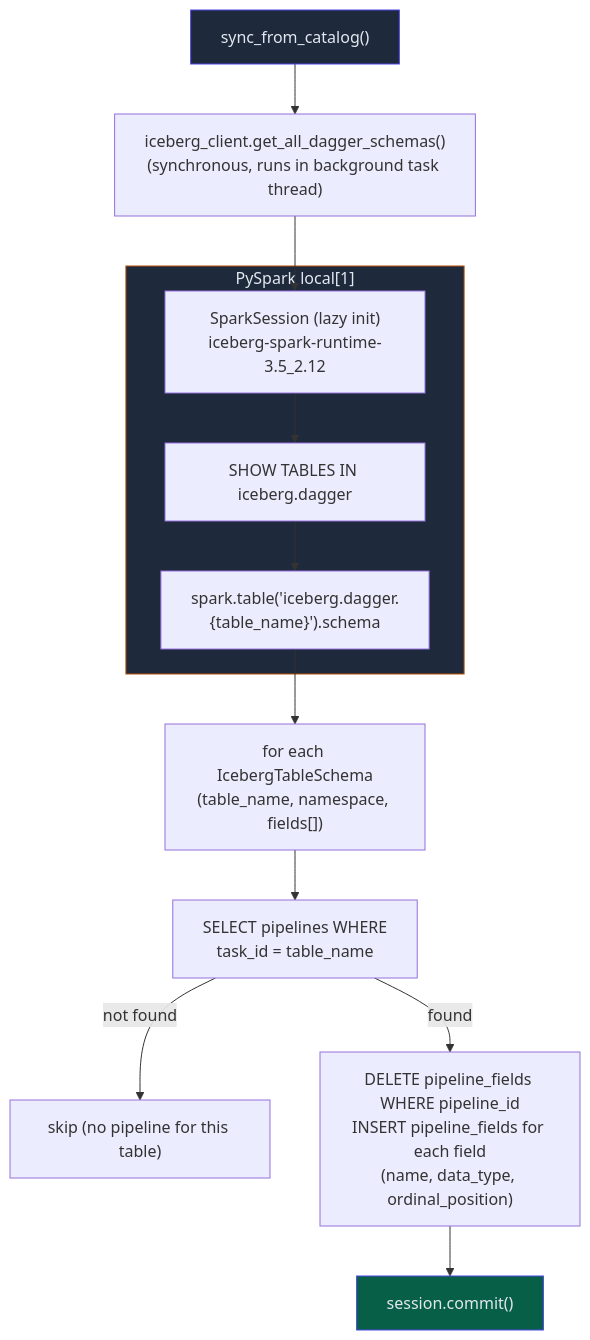
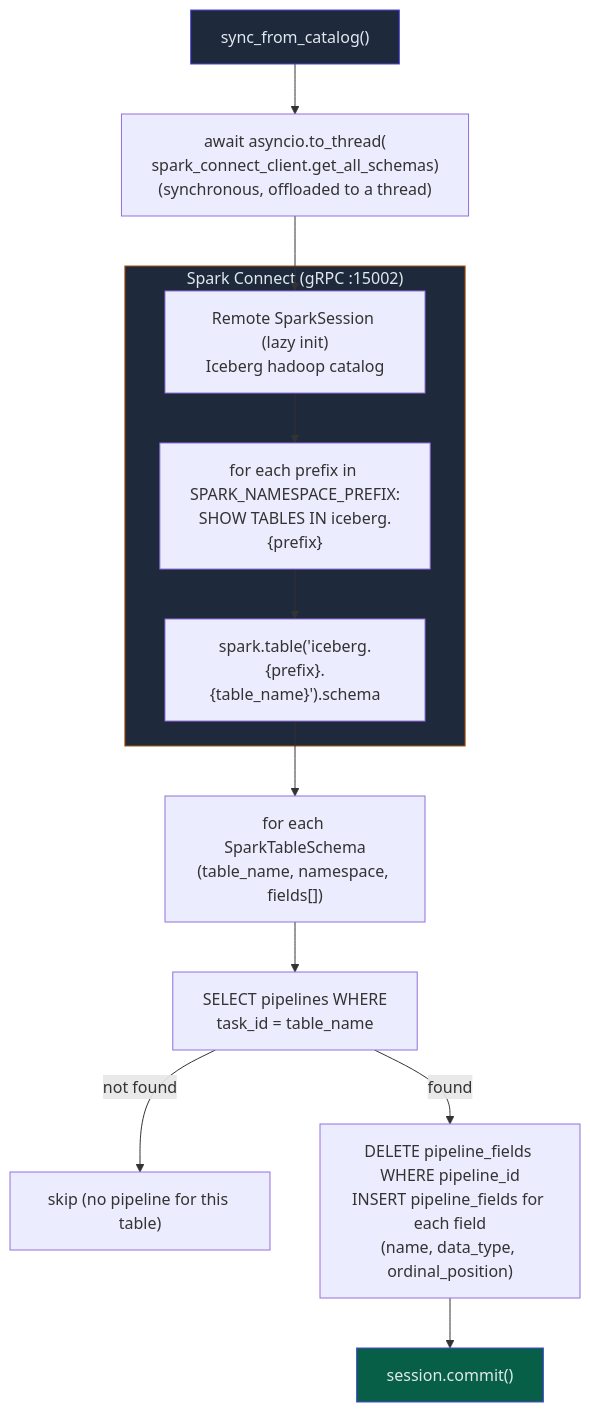
Diagram 15 of 19 in docs/ARCHITECTURE.md (harharim55-alt/EtlNexus), drawn with Mermaid before and after one commit. The commit also changed other lines of this file and 47 other files, not shown here.

First line of the commit message:
feat: replace Iceberg REST catalog with Spark Connect + 30s Postgres mirror

````diff
--- a/docs/ARCHITECTURE.md
+++ b/docs/ARCHITECTURE.md
@@ -939,24 +941,24 @@
 ```mermaid
 flowchart TD
-    CatalogSync["sync_from_catalog()"] --> GetSchemas["iceberg_client.get_all_dagger_schemas()<br/>(synchronous, runs in background task thread)"]
+    CatalogSync["sync_from_catalog()"] --> GetSchemas["await asyncio.to_thread(<br/>spark_connect_client.get_all_schemas)<br/>(synchronous, offloaded to a thread)"]
 
-    subgraph Spark["PySpark local[1]"]
-        SS["SparkSession (lazy init)<br/>iceberg-spark-runtime-3.5_2.12"]
-        SQL1["SHOW TABLES IN iceberg.dagger"]
-        SQL2["spark.table('iceberg.dagger.{table_name}').schema"]
+    subgraph Spark["Spark Connect (gRPC :15002)"]
+        SS["Remote SparkSession (lazy init)<br/>Iceberg hadoop catalog"]
+        SQL1["for each prefix in SPARK_NAMESPACE_PREFIX:<br/>SHOW TABLES IN iceberg.{prefix}"]
+        SQL2["spark.table('iceberg.{prefix}.{table_name}').schema"]
     end
 
     GetSchemas --> SS
     SS --> SQL1
     SQL1 --> SQL2
-    SQL2 --> ForEachSchema["for each IcebergTableSchema<br/>(table_name, namespace, fields[])"]
+    SQL2 --> ForEachSchema["for each SparkTableSchema<br/>(table_name, namespace, fields[])"]
 
     ForEachSchema --> LookupPipeline["SELECT pipelines WHERE<br/>task_id = table_name"]
     LookupPipeline -->|not found| SkipSchema["skip (no pipeline for this table)"]
     LookupPipeline -->|found| SyncFields["DELETE pipeline_fields WHERE pipeline_id<br/>INSERT pipeline_fields for each field<br/>(name, data_type, ordinal_position)"]
     SyncFields --> Commit["session.commit()"]
 
     style CatalogSync fill:#1e293b,stroke:#4f46e5,color:#e2e8f0
     style Spark fill:#1e293b,stroke:#b45309,color:#e2e8f0
     style Commit fill:#065f46,stroke:#4f46e5,color:#e2e8f0
 ```
````
